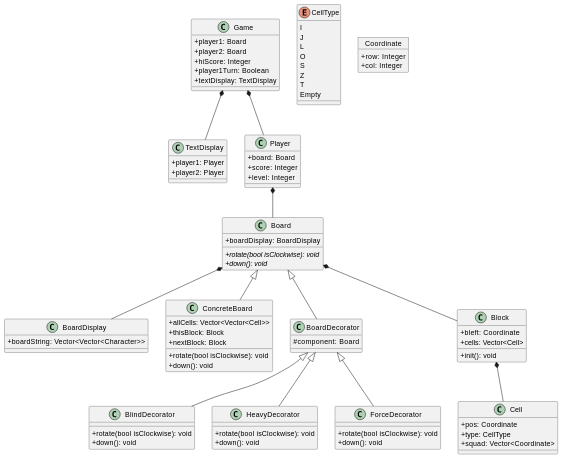
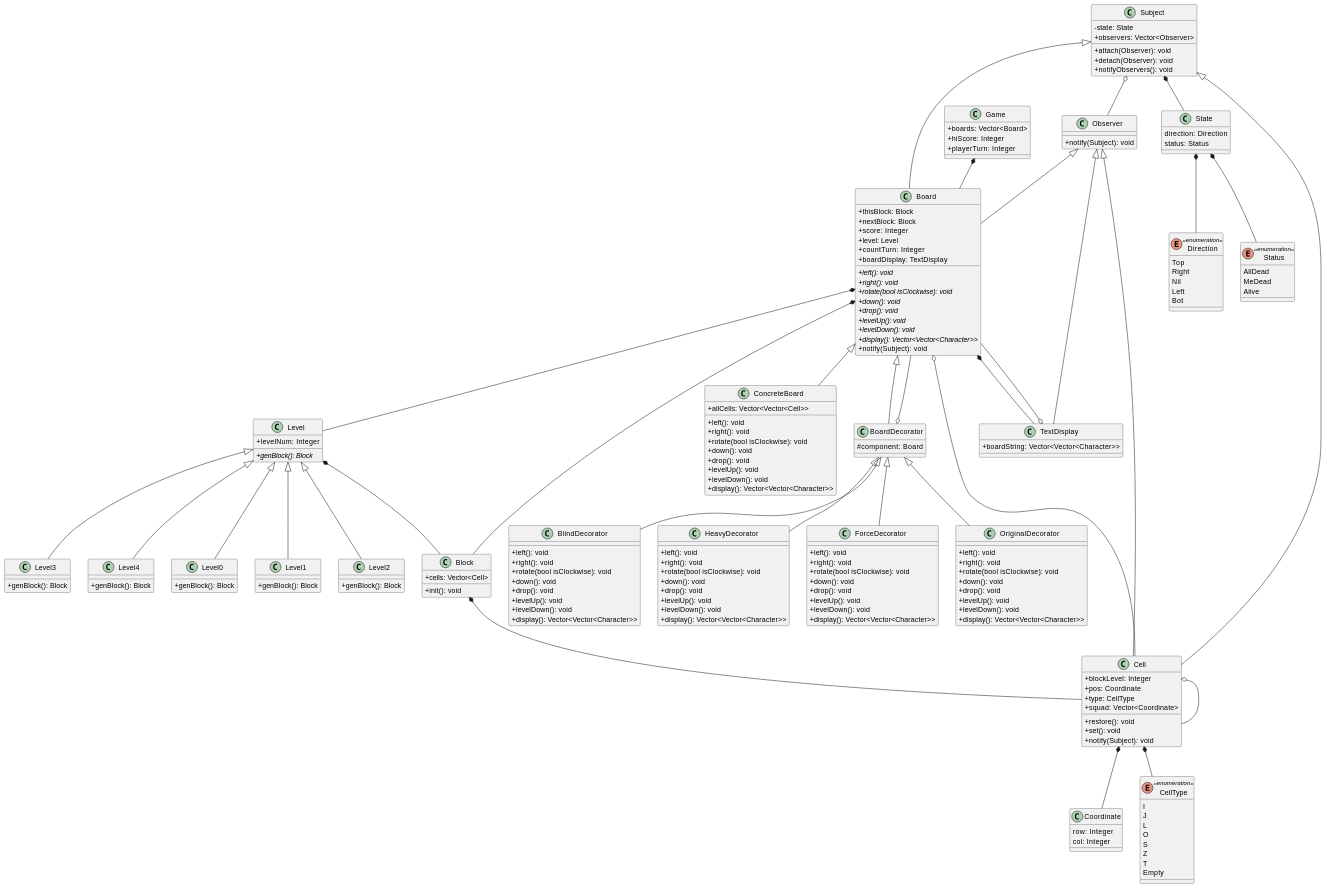
The diagram in doc/uml.org (MatthewZMD/TetrisDual), drawn with PlantUML before and after one commit. The commit also changed 3 other files, not shown here.

Commit message:
Update UML

```diff
--- a/doc/uml.org
+++ b/doc/uml.org
@@ -4,50 +4,57 @@
 #+begin_src plantuml :file ./uml1.png
-   @startuml
+  @startuml
   skinparam classAttributeIconSize 0
   class Game {
-          + player1: Board
-          + player2: Board
+          + boards: Vector<Board>
           + hiScore: Integer
-          + player1Turn: Boolean
-          + textDisplay: TextDisplay
+          + playerTurn: Integer
+  }
+
+  class Board {
+          + thisBlock: Block
+          + nextBlock: Block
+          + score: Integer
+          + level: Level
+          + countTurn: Integer
+          + boardDisplay: TextDisplay
+          + {abstract} left(): void
+          + {abstract} right(): void
+          + {abstract} rotate(bool isClockwise): void
+          + {abstract} down(): void
+          + {abstract} drop(): void
+          + {abstract} levelUp(): void
+          + {abstract} levelDown(): void
+          + {abstract} display(): Vector<Vector<Character>>
+          + notify(Subject): void
+  }
+
+  Observer <|-- Board
+
+  Subject <|-- Board
+
+  Game *-- Board
+
+  class ConcreteBoard {
+          + allCells: Vector<Vector<Cell>>
+          + left(): void
+          + right(): void
+          + rotate(bool isClockwise): void
+          + down(): void
+          + drop(): void
+          + levelUp(): void
+          + levelDown(): void
+          + display(): Vector<Vector<Character>>
   }
 
   class TextDisplay {
-          + player1: Player
-          + player2: Player
-  }
-
-  Game *-- TextDisplay
-
-  class Player {
-          + board: Board
-          + score: Integer
-          + level: Integer
-  }
-
-  Game *-- Player
-
-  class Board {
-          + {abstract} rotate(bool isClockwise): void
-          + {abstract} down(): void
-          + boardDisplay: BoardDisplay
-  }
-
-  Player *-- Board
-
-  class BoardDisplay {
           + boardString: Vector<Vector<Character>>
   }
 
-  Board *-- BoardDisplay
+  Observer <|-- TextDisplay
 
-  class ConcreteBoard {
-          + allCells: Vector<Vector<Cell>>
-          + thisBlock: Block
-          + nextBlock: Block
-          + rotate(bool isClockwise): void
-          + down(): void
-  }
+  TextDisplay o-- Board
+
+  Board *-- TextDisplay
 
   Board <|-- ConcreteBoard
 
@@ -55,43 +62,139 @@
           # component: Board
   }
 
-  class BlindDecorator {
+  BoardDecorator o-- Board
+
+  class OriginalDecorator {
+          + left(): void
+          + right(): void
           + rotate(bool isClockwise): void
           + down(): void
+          + drop(): void
+          + levelUp(): void
+          + levelDown(): void
+          + display(): Vector<Vector<Character>>
+  }
+
+  class BlindDecorator {
+          + left(): void
+          + right(): void
+          + rotate(bool isClockwise): void
+          + down(): void
+          + drop(): void
+          + levelUp(): void
+          + levelDown(): void
+          + display(): Vector<Vector<Character>>
   }
 
   class HeavyDecorator {
+          + left(): void
+          + right(): void
           + rotate(bool isClockwise): void
           + down(): void
+          + drop(): void
+          + levelUp(): void
+          + levelDown(): void
+          + display(): Vector<Vector<Character>>
   }
 
   class ForceDecorator {
+          + left(): void
+          + right(): void
           + rotate(bool isClockwise): void
           + down(): void
+          + drop(): void
+          + levelUp(): void
+          + levelDown(): void
+          + display(): Vector<Vector<Character>>
   }
 
   Board <|-- BoardDecorator
+  BoardDecorator <|-- OriginalDecorator
   BoardDecorator <|-- BlindDecorator
   BoardDecorator <|-- HeavyDecorator
   BoardDecorator <|-- ForceDecorator
 
+  class Level {
+          + levelNum: Integer
+          + {abstract} genBlock(): Block
+  }
+
+  Level *-- Block
+
+  class Level0 {
+          + genBlock(): Block
+  }
+
+  class Level1 {
+          + genBlock(): Block
+  }
+
+  class Level2 {
+          + genBlock(): Block
+  }
+
+  class Level3 {
+          + genBlock(): Block
+  }
+
+  class Level4 {
+          + genBlock(): Block
+  }
+
+  Level <|-- Level0
+  Level <|-- Level1
+  Level <|-- Level2
+  Level <|-- Level3
+  Level <|-- Level4
+
+  Board *-- Level
+
   class Block {
-          + bleft: Coordinate
           + cells: Vector<Cell>
           + init(): void
   }
 
   Board *-- Block
 
+  class Subject {
+          - state: State
+          + observers: Vector<Observer>
+          + attach(Observer): void
+          + detach(Observer): void
+          + notifyObservers(): void
+  }
+
+  Subject *-- State
+
+  class Observer{
+          + notify(Subject): void
+  }
+
+  Subject o-- Observer
+
   class Cell {
+          + blockLevel: Integer
           + pos: Coordinate
           + type: CellType
           + squad: Vector<Coordinate>
+          + restore(): void
+          + set(): void
+          + notify(Subject): void
   }
+
+  Board o-- Cell
+
+  Cell *-- Coordinate
+  Cell *-- CellType
+
+  Subject <|-- Cell
+  Observer <|-- Cell
 
   Block *-- Cell
 
-  enum CellType {
+  Cell o-- Cell
+
+  enum CellType << enumeration >> {
           I
           J
           L
@@ -103,9 +206,31 @@
   }
 
   object Coordinate {
-          + row: Integer
-          + col: Integer
+          row: Integer
+          col: Integer
   }
+
+  enum Direction << enumeration >> {
+          Top
+          Right
+          Nil
+          Left
+          Bot
+  }
+
+  enum Status << enumeration >> {
+          AllDead
+          MeDead
+          Alive
+  }
+
+  object State {
+          direction: Direction
+          status: Status
+  }
+
+  State *-- Direction
+  State *-- Status
 
   @enduml
 #+end_src
```
